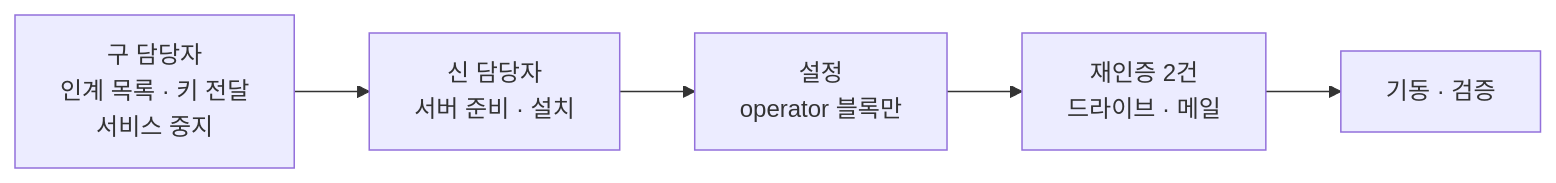
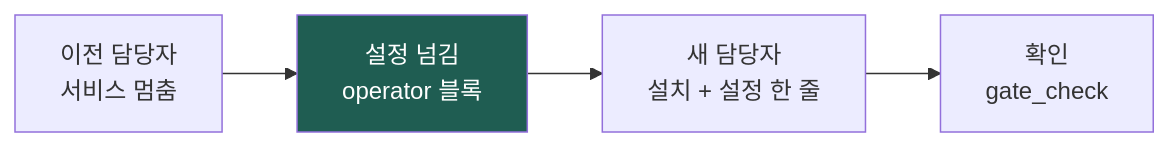
The eighth of 8 diagrams in README.md (Roykoo83/ur-harness), drawn with Mermaid before and after one commit. The commit also changed other lines of this file, not shown here.

````diff
--- a/README.md
+++ b/README.md
@@ -317,7 +503,7 @@
 ```mermaid
 flowchart LR
-    A["구 담당자<br/>인계 목록 · 키 전달<br/>서비스 중지"] --> B["신 담당자<br/>서버 준비 · 설치"]
-    B --> C["설정<br/>operator 블록만"]
-    C --> D["재인증 2건<br/>드라이브 · 메일"]
-    D --> E["기동 · 검증"]
+    O["이전 담당자<br/>서비스 멈춤"] --> T["설정 넘김<br/>operator 블록"]
+    T --> N["새 담당자<br/>설치 + 설정 한 줄"]
+    N --> V["확인<br/>gate_check"]
+    style T fill:#1F5D52,color:#fff
 ```
````
